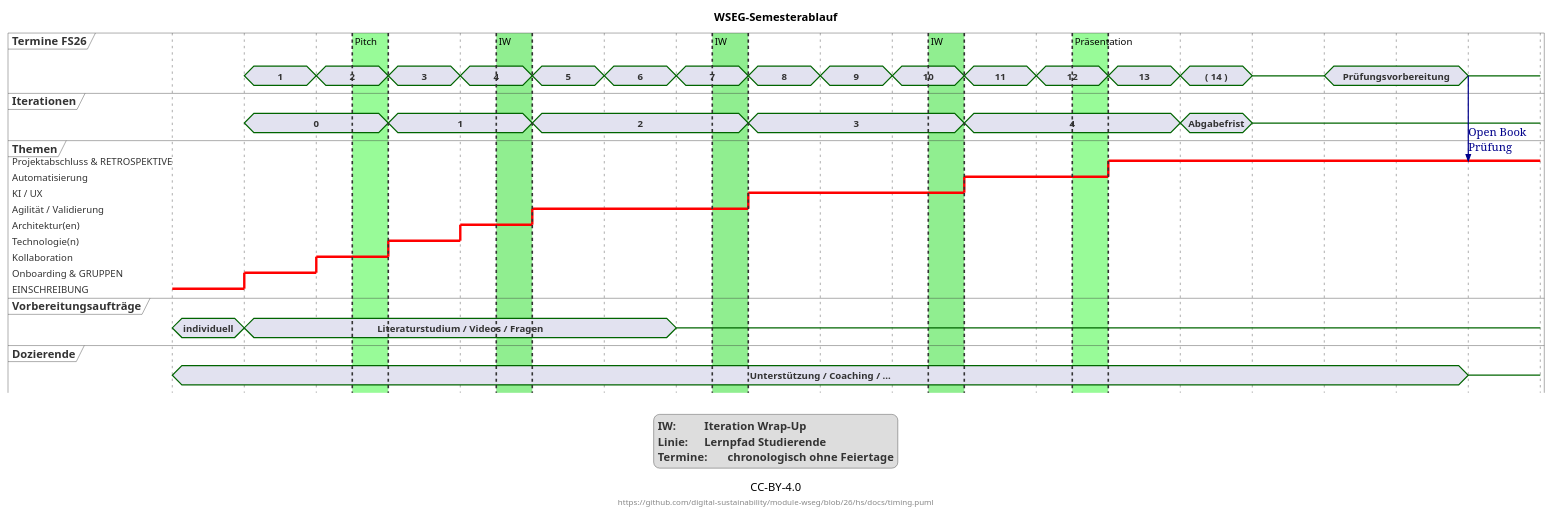
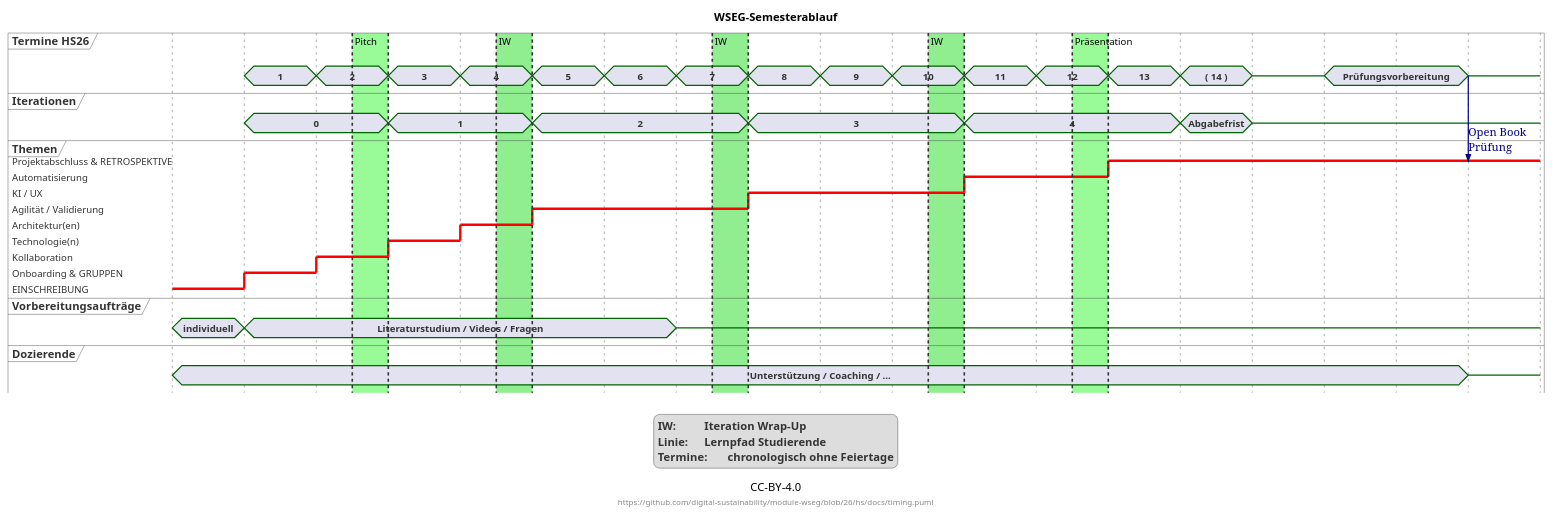
Before and after one commit to digital-sustainability/module-wseg: the diagram in docs/timing.puml, drawn with PlantUML. The commit also changed 3 other files, not shown here.

```diff
--- a/docs/timing.puml
+++ b/docs/timing.puml
@@ -1,112 +1,112 @@
 @startuml
 <style>
 timingDiagram {
   .red {
     LineColor red
     LineThickness 3
   }
 }
 </style>
 
 Title WSEG-Semesterablauf
 hide time-axis
 footer: "https://github.com/digital-sustainability/module-wseg/blob/26/hs/docs/timing.puml"
 caption CC-BY-4.0
 
 legend
 IW:\t\tIteration Wrap-Up
 Linie:\tLernpfad Studierende
 Termine:\tchronologisch ohne Feiertage
 end legend
 
-concise "Termine FS26" as module
+concise "Termine HS26" as module
 concise "Iterationen" as iter
 robust "Themen" as studi <<red>>
 concise "Vorbereitungsaufträge" as prep
 concise "Dozierende" as dozent
 scale 1 as 90 pixels
 
 @0
 studi is EINSCHREIBUNG
 dozent is "Unterstützung / Coaching / ..."
 prep is "individuell"
 
 @+1
 module is "1"
 iter is "0"
 prep is "Literaturstudium / Videos / Fragen"
 studi is "Onboarding & GRUPPEN"
 
 @+1
 module is "2"
 studi is "Kollaboration"
 
 @+1
 iter is "1"
 module is "3"
 studi is "Technologie(n)"
 
 @+1
 module is "4"
 studi is "Architektur(en)"
 
 @+1
 module is "5"
 iter is "2"
 studi is "Agilität / Validierung"
 
 @+1
 module is "6"
 
 @+1
 module is "7"
 prep is {-}
 
 @+1
 module is "8"
 iter is "3"
 studi is "KI / UX"
 
 @+1
 module is "9"
 
 @+1
 module is "10"
 
 @+1
 module is "11"
 iter is "4"
 studi is "Automatisierung"
 
 @+1
 module is "12"
 
 @+1
 module is "13"
 studi is "Projektabschluss & RETROSPEKTIVE"
 
 @+1
 module is "( 14 )"
 iter is "Abgabefrist"
 
 @+1
 module is {-}
 iter is {-}
 
 @+1
 module is Prüfungsvorbereitung
 
 @+1
 
 @+1
 module -> studi: Open Book\nPrüfung
 module is {-}
 dozent is {-}
 
 highlight 2.5 to 3 #palegreen : Pitch
 highlight 4.5 to 5 #lightgreen : IW
 highlight 7.5 to 8 #lightgreen : IW
 highlight 10.5 to 11 #lightgreen : IW
 highlight 12.5 to 13 #palegreen : Präsentation
 
 @enduml
```
